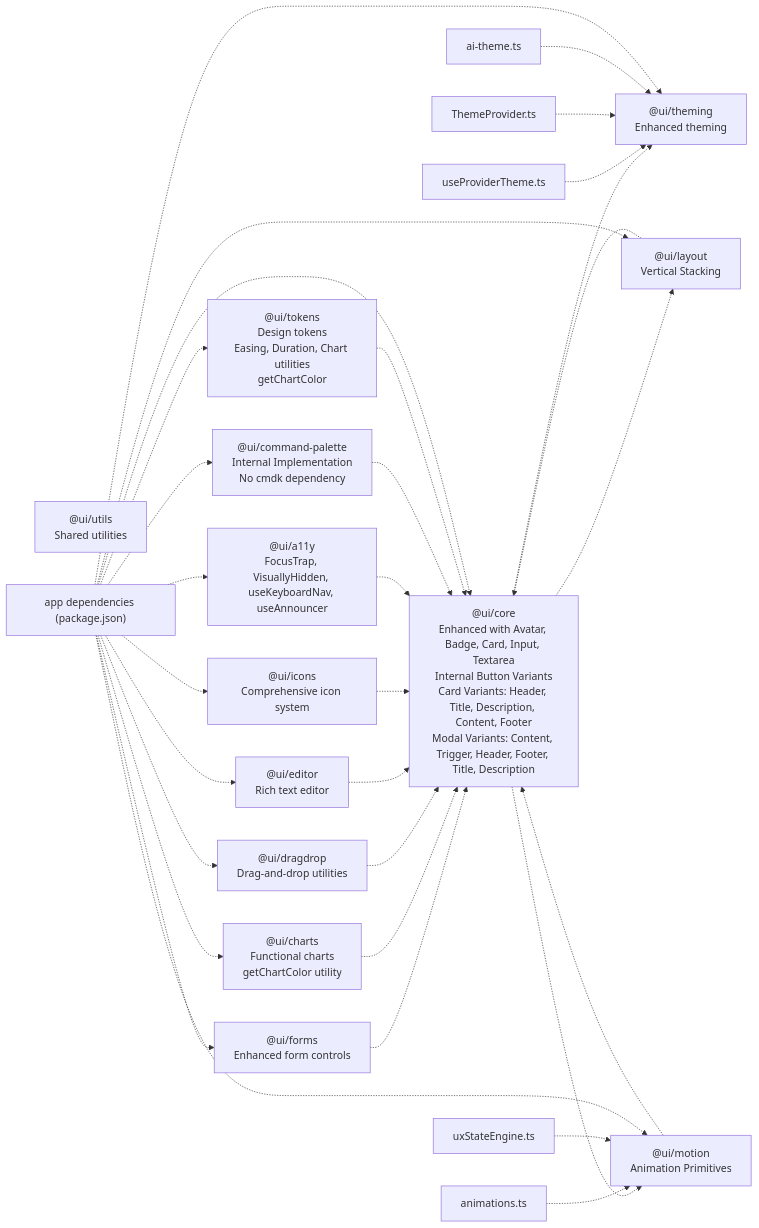
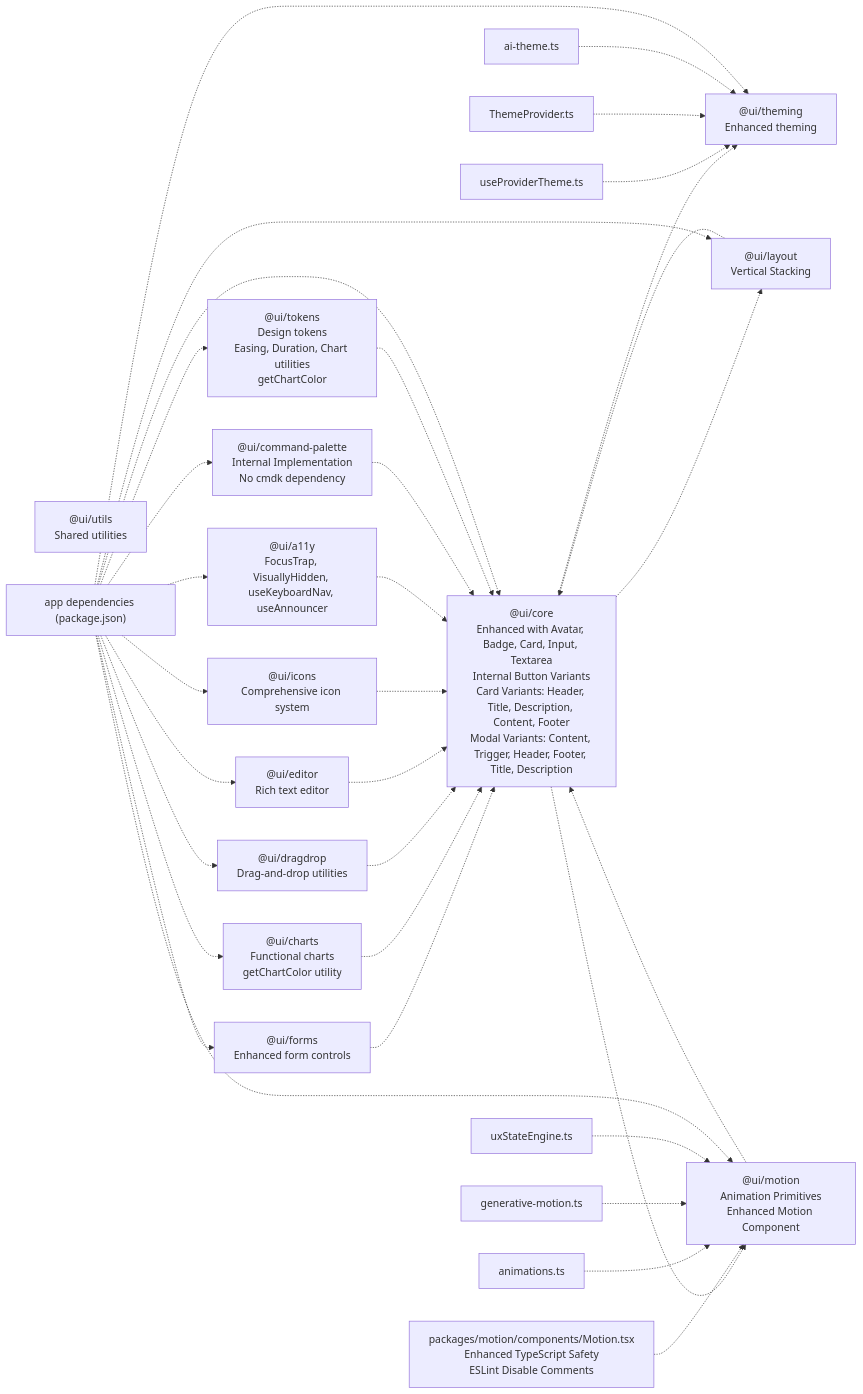
Before and after one commit to shekhargiri005-dotcom/AI-powered-accessibility-first-UI-engine: the tenth of 10 diagrams in .qoder/repowiki/en/content/UI Component System/UI Component System.md, drawn with Mermaid. The commit also changed other lines of this file and 27 other files, not shown here.

````diff
--- a/.qoder/repowiki/en/content/UI Component System/UI Component System.md
+++ b/.qoder/repowiki/en/content/UI Component System/UI Component System.md
@@ -1369,52 +1484,56 @@
 ```mermaid
 graph LR
 UI_CORE["@ui/core<br/>Enhanced with Avatar, Badge, Card, Input, Textarea<br/>Internal Button Variants<br/>Card Variants: Header, Title, Description, Content, Footer<br/>Modal Variants: Content, Trigger, Header, Footer, Title, Description"]
 UI_A11Y["@ui/a11y<br/>FocusTrap, VisuallyHidden, useKeyboardNav, useAnnouncer"]
 UI_FORMS["@ui/forms<br/>Enhanced form controls"]
 UI_LAYOUT["@ui/layout<br/>Vertical Stacking"]
-UI_MOTION["@ui/motion<br/>Animation Primitives"]
+UI_MOTION["@ui/motion<br/>Animation Primitives<br/>Enhanced Motion Component"]
 UI_CHARTS["@ui/charts<br/>Functional charts<br/>getChartColor utility"]
 UI_DRAGDROP["@ui/dragdrop<br/>Drag-and-drop utilities"]
 UI_EDITOR["@ui/editor<br/>Rich text editor"]
 UI_ICONS["@ui/icons<br/>Comprehensive icon system"]
 UI_THEMING["@ui/theming<br/>Enhanced theming"]
 UI_UTILS["@ui/utils<br/>Shared utilities"]
 UI_COMMAND_PALETTE["@ui/command-palette<br/>Internal Implementation<br/>No cmdk dependency"]
 UI_TOKENS["@ui/tokens<br/>Design tokens<br/>Easing, Duration, Chart utilities<br/>getChartColor"]
 THEME_HOOK["useProviderTheme.ts"]
 THEME_PROVIDER["ThemeProvider.ts"]
 THEME_AI["ai-theme.ts"]
+MOTION_COMPONENTS["packages/motion/components/Motion.tsx<br/>Enhanced TypeScript Safety<br/>ESLint Disable Comments"]
 MOTION_ANIM["animations.ts"]
+MOTION_GEN["generative-motion.ts"]
 UX_ENGINE["uxStateEngine.ts"]
 APP_DEPS["app dependencies (package.json)"]
 UI_CORE -.-> UI_THEMING
 UI_CORE -.-> UI_LAYOUT
 UI_CORE -.-> UI_MOTION
 UI_FORMS -.-> UI_CORE
 UI_LAYOUT -.-> UI_CORE
 UI_MOTION -.-> UI_CORE
 UI_CHARTS -.-> UI_CORE
 UI_DRAGDROP -.-> UI_CORE
 UI_EDITOR -.-> UI_CORE
 UI_ICONS -.-> UI_CORE
 UI_A11Y -.-> UI_CORE
 UI_COMMAND_PALETTE -.-> UI_CORE
 UI_TOKENS -.-> UI_CORE
 THEME_HOOK -.-> UI_THEMING
 THEME_PROVIDER -.-> UI_THEMING
 THEME_AI -.-> UI_THEMING
+MOTION_COMPONENTS -.-> UI_MOTION
 MOTION_ANIM -.-> UI_MOTION
+MOTION_GEN -.-> UI_MOTION
 UX_ENGINE -.-> UI_MOTION
 APP_DEPS -.-> UI_CORE
 APP_DEPS -.-> UI_A11Y
 APP_DEPS -.-> UI_FORMS
 APP_DEPS -.-> UI_LAYOUT
 APP_DEPS -.-> UI_MOTION
 APP_DEPS -.-> UI_CHARTS
 APP_DEPS -.-> UI_DRAGDROP
 APP_DEPS -.-> UI_EDITOR
 APP_DEPS -.-> UI_ICONS
 APP_DEPS -.-> UI_THEMING
 APP_DEPS -.-> UI_COMMAND_PALETTE
 APP_DEPS -.-> UI_TOKENS
 ```
````
